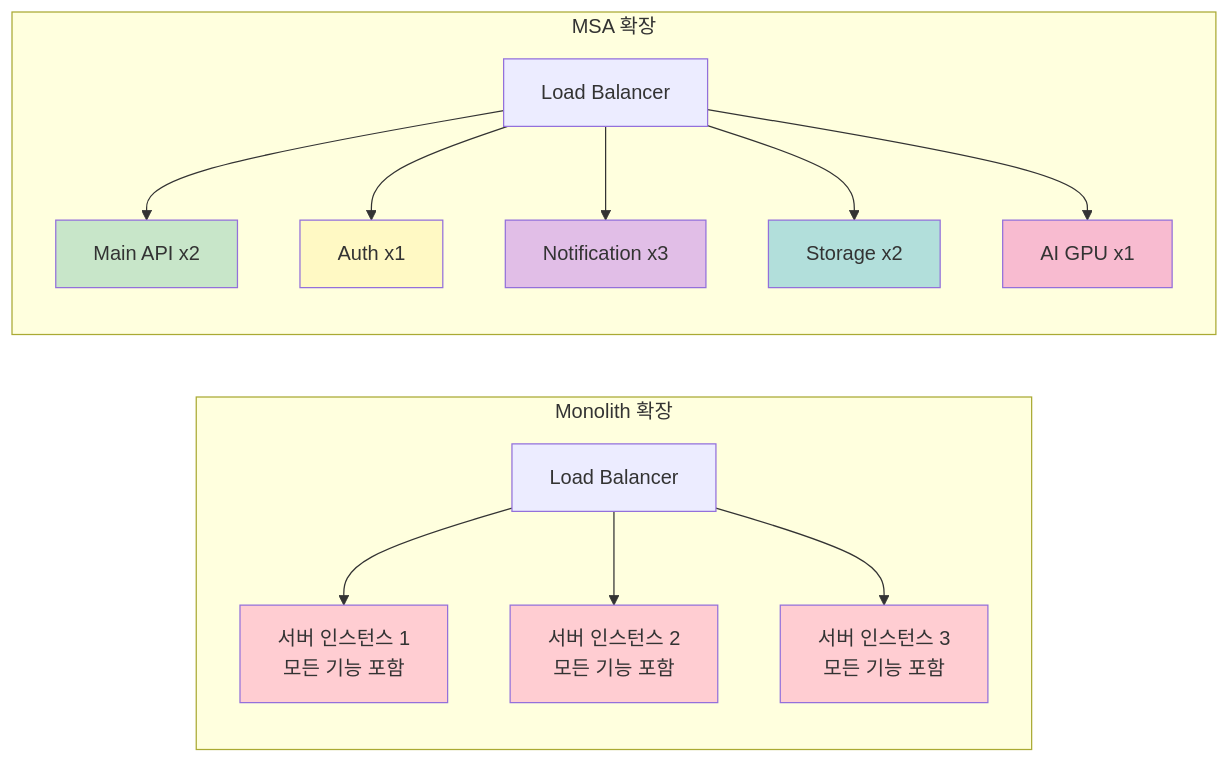
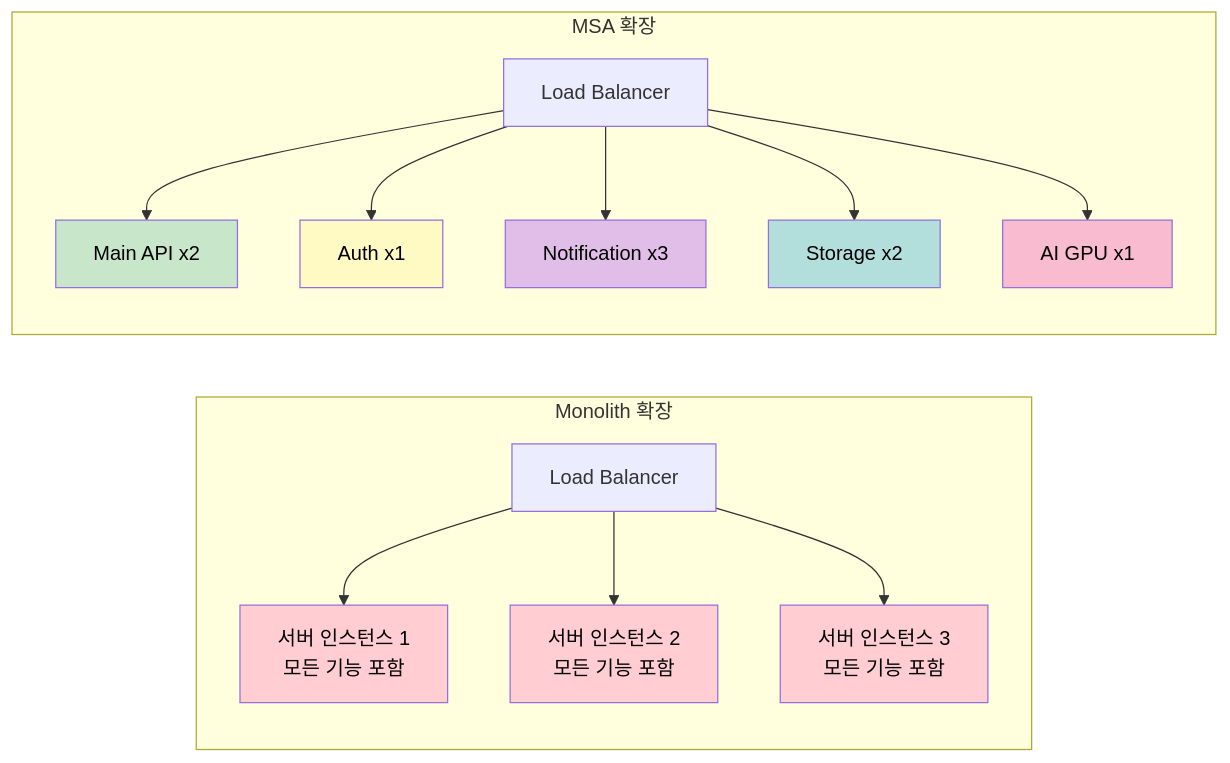
The third of 3 diagrams in study/msa-experience/1-intro.md (isinthesky/isinthesky), drawn with Mermaid before and after one commit. The commit also changed other lines of this file and 4 other files, not shown here.

````diff
--- a/study/msa-experience/1-intro.md
+++ b/study/msa-experience/1-intro.md
@@ -152,37 +144,37 @@
 ```mermaid
 graph LR
     subgraph "Monolith 확장"
         M1[서버 인스턴스 1<br/>모든 기능 포함]
         M2[서버 인스턴스 2<br/>모든 기능 포함]
         M3[서버 인스턴스 3<br/>모든 기능 포함]
         LB1[Load Balancer]
         
         LB1 --> M1
         LB1 --> M2
         LB1 --> M3
     end
     
     subgraph "MSA 확장"
         LB2[Load Balancer]
         API1[Main API x2]
         AUTH1[Auth x1]
         NOTI1[Notification x3]
         STORAGE1[Storage x2]
         AI1[AI GPU x1]
         
         LB2 --> API1
         LB2 --> AUTH1
         LB2 --> NOTI1
         LB2 --> STORAGE1
         LB2 --> AI1
     end
     
-    style M1 fill:#ffcdd2
-    style M2 fill:#ffcdd2
-    style M3 fill:#ffcdd2
-    style API1 fill:#c8e6c9
-    style AUTH1 fill:#fff9c4
-    style NOTI1 fill:#e1bee7
-    style STORAGE1 fill:#b2dfdb
-    style AI1 fill:#f8bbd0
+    style M1 fill:#ffcdd2,color:#000
+    style M2 fill:#ffcdd2,color:#000
+    style M3 fill:#ffcdd2,color:#000
+    style API1 fill:#c8e6c9,color:#000
+    style AUTH1 fill:#fff9c4,color:#000
+    style NOTI1 fill:#e1bee7,color:#000
+    style STORAGE1 fill:#b2dfdb,color:#000
+    style AI1 fill:#f8bbd0,color:#000
 ```
````
